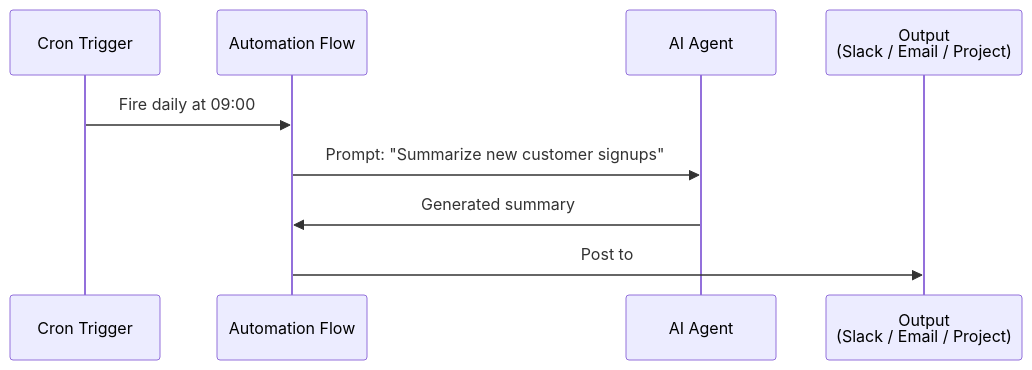
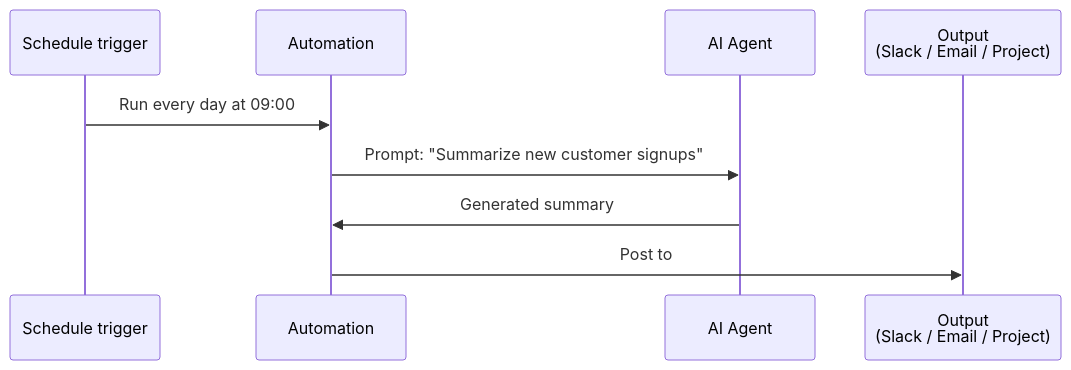
Before and after one commit to taskade/docs: the second of 5 diagrams in apis-living-system-development/autonomous-agents.md, drawn with Mermaid. The commit also changed other lines of this file and 99 other files, not shown here.

````diff
--- a/apis-living-system-development/autonomous-agents.md
+++ b/apis-living-system-development/autonomous-agents.md
@@ -45,12 +41,12 @@
 ```mermaid
 sequenceDiagram
-    participant Cron as Cron Trigger
-    participant Flow as Automation Flow
+    participant Schedule as Schedule trigger
+    participant Run as Automation
     participant Agent as AI Agent
     participant Output as Output<br/>(Slack / Email / Project)
 
-    Cron->>Flow: Fire daily at 09:00
-    Flow->>Agent: Prompt: "Summarize new customer signups"
-    Agent->>Flow: Generated summary
-    Flow->>Output: Post to #growth channel
+    Schedule->>Run: Run every day at 09:00
+    Run->>Agent: Prompt: "Summarize new customer signups"
+    Agent->>Run: Generated summary
+    Run->>Output: Post to #growth channel
 ```
````
